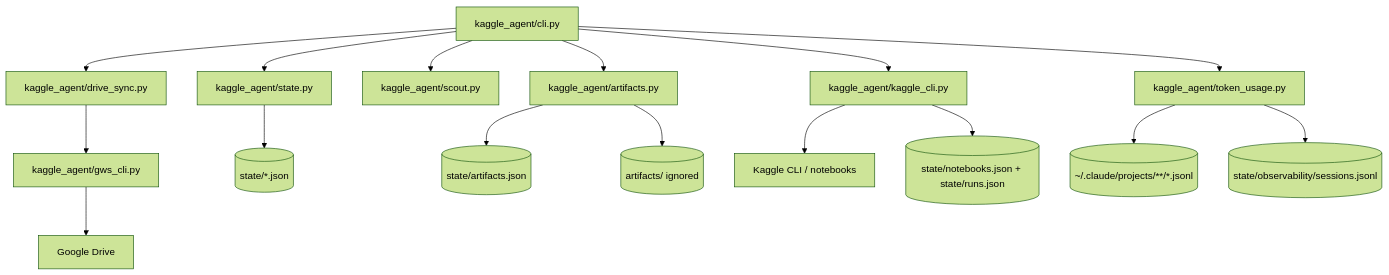
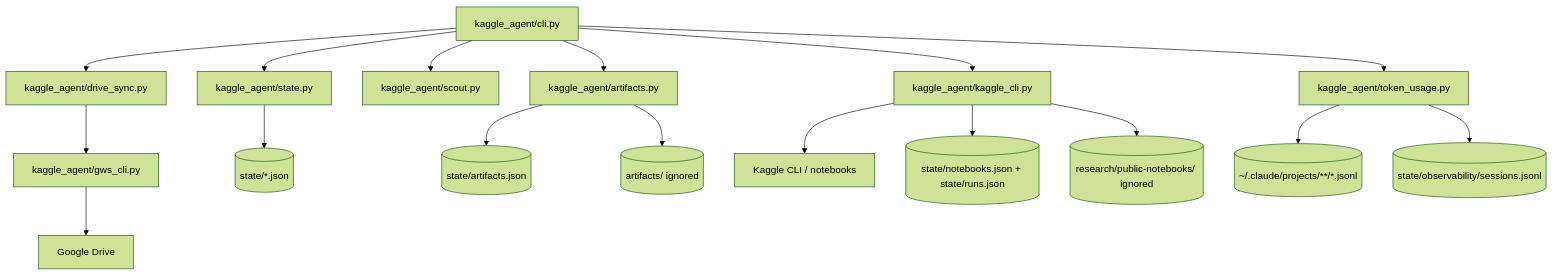
Before and after one commit to Jivraj-18/kaggle_agent: the first of 3 diagrams in docs/codebase-map.md, drawn with Mermaid (forest theme). The commit also changed other lines of this file and 14 other files, not shown here.

Commit message:
add public notebook baseline discovery workflow

````diff
--- a/docs/codebase-map.md
+++ b/docs/codebase-map.md
@@ -7,19 +7,20 @@
 ```mermaid
 flowchart TD
     CLI[kaggle_agent/cli.py] --> State[kaggle_agent/state.py]
     CLI --> Kaggle[kaggle_agent/kaggle_cli.py]
     CLI --> Scout[kaggle_agent/scout.py]
     CLI --> Artifacts[kaggle_agent/artifacts.py]
     CLI --> Drive[kaggle_agent/drive_sync.py]
     CLI --> TokenUsage[kaggle_agent/token_usage.py]
     Drive --> GWS[kaggle_agent/gws_cli.py]
 
     State --> JSON[(state/*.json)]
     Artifacts --> ArtifactState[(state/artifacts.json)]
     Artifacts --> ArtifactFiles[(artifacts/ ignored)]
     Kaggle --> KaggleRemote[Kaggle CLI / notebooks]
     Kaggle --> NotebookState[(state/notebooks.json + state/runs.json)]
+    Kaggle --> PublicNotebookSources[(research/public-notebooks/ ignored)]
     GWS --> DriveRemote[Google Drive]
     TokenUsage --> ClaudeTranscript[(~/.claude/projects/**/*.jsonl)]
     TokenUsage --> SessionState[(state/observability/sessions.jsonl)]
 ```
````
